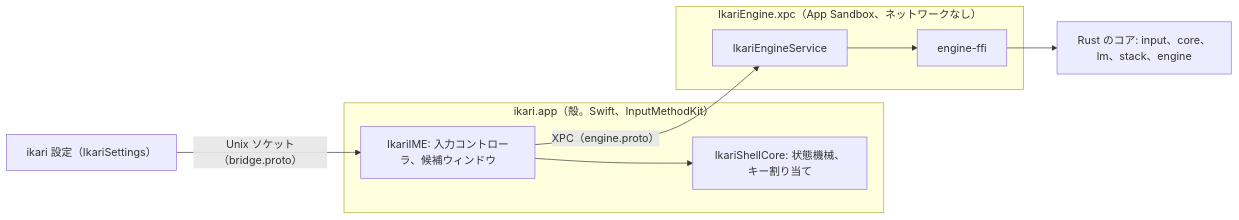
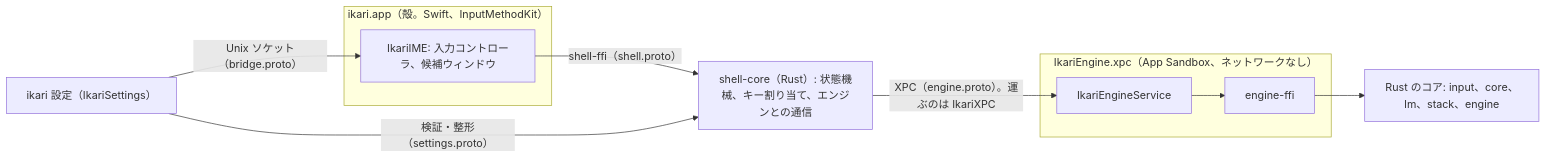
One commit to ikari-zen/ikari-ime changed the first of 2 diagrams in docs/features.md. Above: the diagram before and after it, drawn with Mermaid. The commit also changed other lines of this file and 131 other files, not shown here.

First line of the commit message:
refactor: Rust 移行の片付け M5（旧い Swift の殻と旧い FFI を消し、依存を付け替える。#138） (#157)

````diff
--- a/docs/features.md
+++ b/docs/features.md
@@ -176,18 +176,19 @@
 ```mermaid
 flowchart LR
     subgraph 殻["ikari.app（殻。Swift、InputMethodKit）"]
         IME["IkariIME: 入力コントローラ、候補ウィンドウ"]
-        Shell["IkariShellCore: 状態機械、キー割り当て"]
     end
+    Shell["shell-core（Rust）: 状態機械、キー割り当て、エンジンとの通信"]
     subgraph XPC["IkariEngine.xpc（App Sandbox、ネットワークなし）"]
         Svc["IkariEngineService"]
         FFI["engine-ffi"]
     end
     Settings["ikari 設定（IkariSettings）"]
     Rust["Rust のコア: input、core、lm、stack、engine"]
 
-    IME --> Shell
-    IME -- "XPC（engine.proto）" --> Svc
+    IME -- "shell-ffi（shell.proto）" --> Shell
+    Shell -- "XPC（engine.proto）。運ぶのは IkariXPC" --> Svc
     Svc --> FFI --> Rust
     Settings -- "Unix ソケット（bridge.proto）" --> IME
+    Settings -- "検証・整形（settings.proto）" --> Shell
 ```
````
